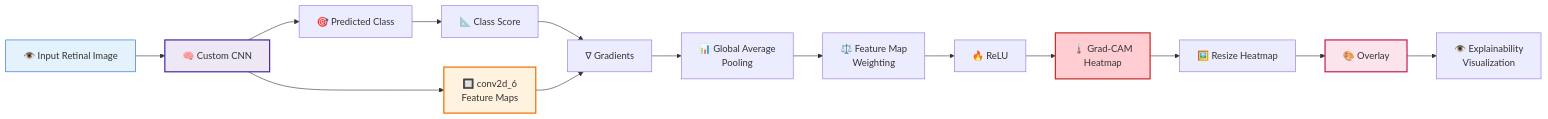
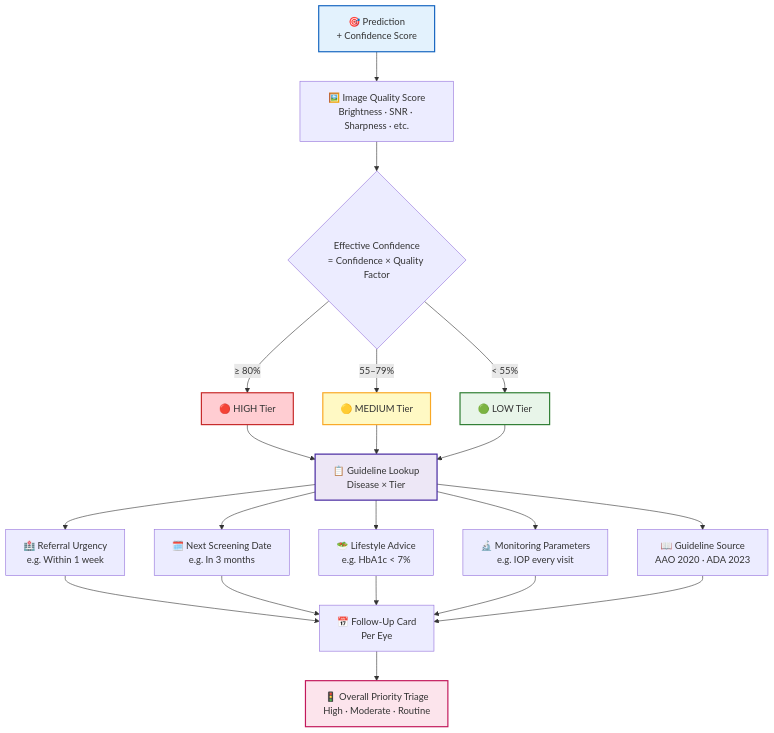
Before and after one commit to the-amazing-atharva/Ocular-Diseases-Detection-using-CNN-Deep-Learning: the sixth of 9 diagrams in README.md, drawn with Mermaid. The commit also changed other lines of this file and 3 other files, not shown here.

````diff
--- a/README.md
+++ b/README.md
@@ -281,33 +385,28 @@
 ```mermaid
-flowchart LR
-    A["👁️ Input Retinal Image"] --> B["🧠 Custom CNN"]
+flowchart TD
+    A["🎯 Prediction\n+ Confidence Score"] --> B["🖼️ Image Quality Score\nBrightness · SNR · Sharpness · etc."]
+    B --> C{"Effective Confidence\n= Confidence × Quality Factor"}
+    C -->|"≥ 80%"| D["🔴 HIGH Tier"]
+    C -->|"55–79%"| E["🟡 MEDIUM Tier"]
+    C -->|"< 55%"| F["🟢 LOW Tier"]
 
-    B --> C["🎯 Predicted Class"]
+    D --> G["📋 Guideline Lookup\nDisease × Tier"]
+    E --> G
+    F --> G
 
-    B --> D["🔲 conv2d_6<br/>Feature Maps"]
+    G --> H["🏥 Referral Urgency\ne.g. Within 1 week"]
+    G --> I["🗓️ Next Screening Date\ne.g. In 3 months"]
+    G --> J["🥗 Lifestyle Advice\ne.g. HbA1c < 7%"]
+    G --> K["🔬 Monitoring Parameters\ne.g. IOP every visit"]
+    G --> L["📖 Guideline Source\nAAO 2020 · ADA 2023"]
 
-    C --> E["📐 Class Score"]
+    H & I & J & K & L --> M["📅 Follow-Up Card\nPer Eye"]
+    M --> N["🚦 Overall Priority Triage\nHigh · Moderate · Routine"]
 
-    E --> F["∇ Gradients"]
-    D --> F
-
-    F --> G["📊 Global Average<br/>Pooling"]
-
-    G --> H["⚖️ Feature Map<br/>Weighting"]
-
-    H --> I["🔥 ReLU"]
-
-    I --> J["🌡️ Grad-CAM<br/>Heatmap"]
-
-    J --> K["🖼️ Resize Heatmap"]
-
-    K --> L["🎨 Overlay"]
-
-    L --> M["👁️ Explainability<br/>Visualization"]
-
-    style A fill:#e3f2fd,stroke:#1565c0
-    style B fill:#ede7f6,stroke:#4527a0,stroke-width:2px
-    style D fill:#fff3e0,stroke:#ef6c00,stroke-width:2px
-    style J fill:#ffcdd2,stroke:#c62828,stroke-width:2px
-    style L fill:#fce4ec,stroke:#c2185b,stroke-width:2px
+    style A fill:#e3f2fd,stroke:#1565c0,stroke-width:2px
+    style D fill:#ffcdd2,stroke:#c62828,stroke-width:2px
+    style E fill:#fff9c4,stroke:#f9a825,stroke-width:2px
+    style F fill:#e8f5e9,stroke:#2e7d32,stroke-width:2px
+    style G fill:#ede7f6,stroke:#4527a0,stroke-width:2px
+    style N fill:#fce4ec,stroke:#c2185b,stroke-width:2px
 ```
````
